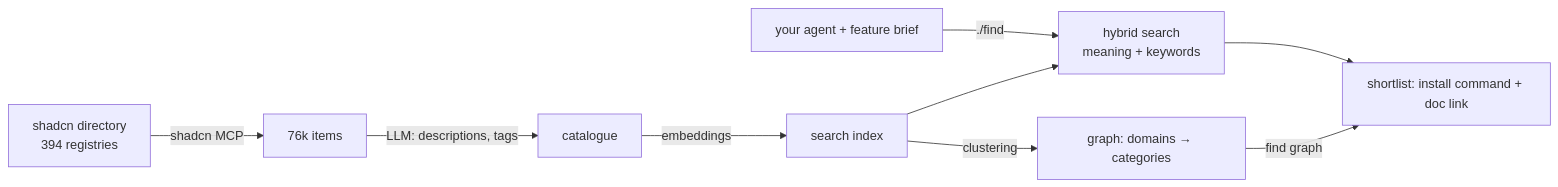
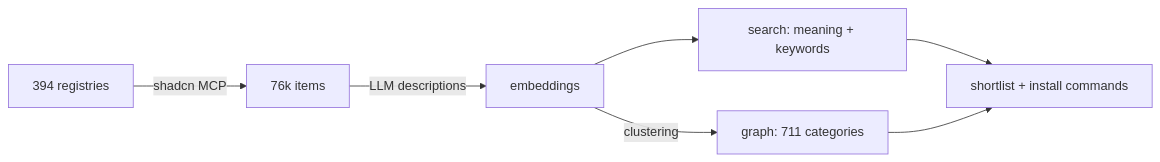
One commit to olyaee/shadcn-registry-explorer changed the diagram in README.md. Above: the diagram before and after it, drawn with Mermaid. The commit also changed other lines of this file and 2 other files, not shown here.

Commit message:
Concise README; move registry tables to REGISTRIES.md (#4)

````diff
--- a/README.md
+++ b/README.md
@@ -18,11 +14,9 @@
 ```mermaid
 flowchart LR
-  A[shadcn directory<br/>394 registries] -->|shadcn MCP| B[76k items]
-  B -->|LLM: descriptions, tags| C[catalogue]
-  C -->|embeddings| D[search index]
-  D -->|clustering| H[graph: domains → categories]
-  E[your agent + feature brief] -->|./find| F[hybrid search<br/>meaning + keywords]
-  D --> F
-  F --> G[shortlist: install command + doc link]
-  H -->|find graph| G
+  A[394 registries] -->|shadcn MCP| B[76k items]
+  B -->|LLM descriptions| C[embeddings]
+  C --> D[search: meaning + keywords]
+  C -->|clustering| E[graph: 711 categories]
+  D --> F[shortlist + install commands]
+  E --> F
 ```
````
